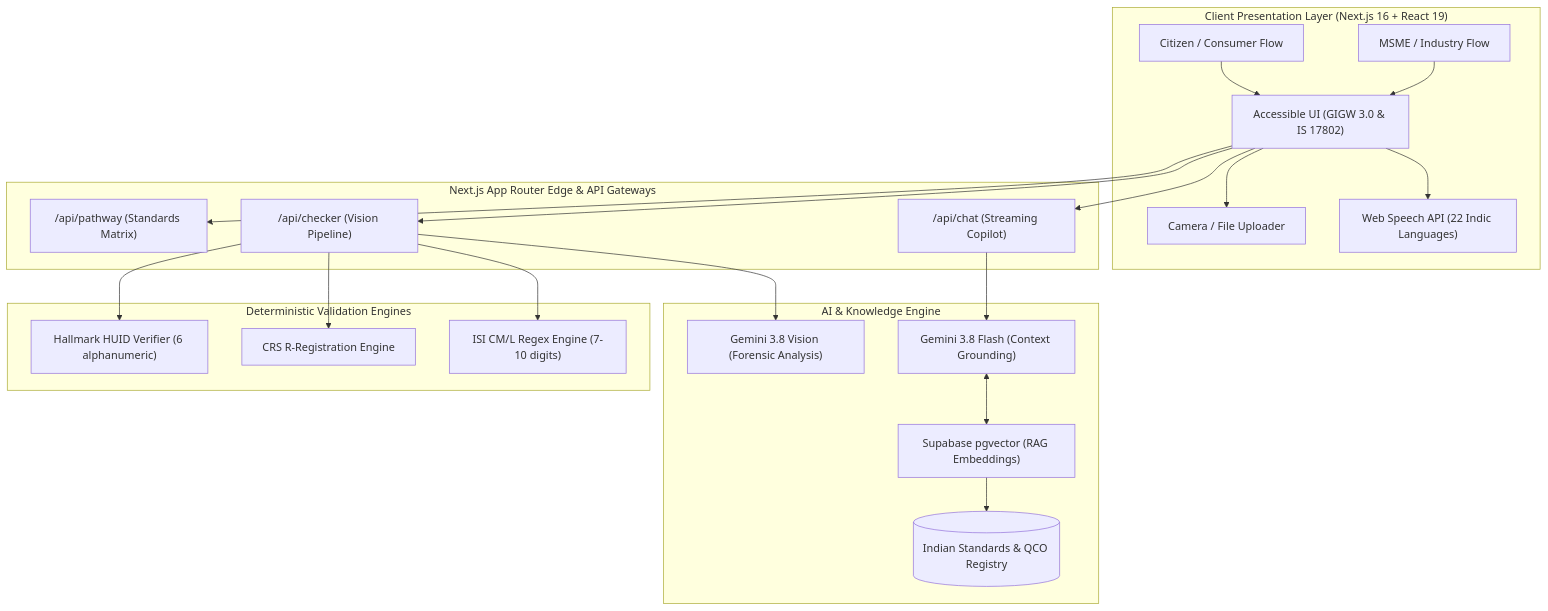
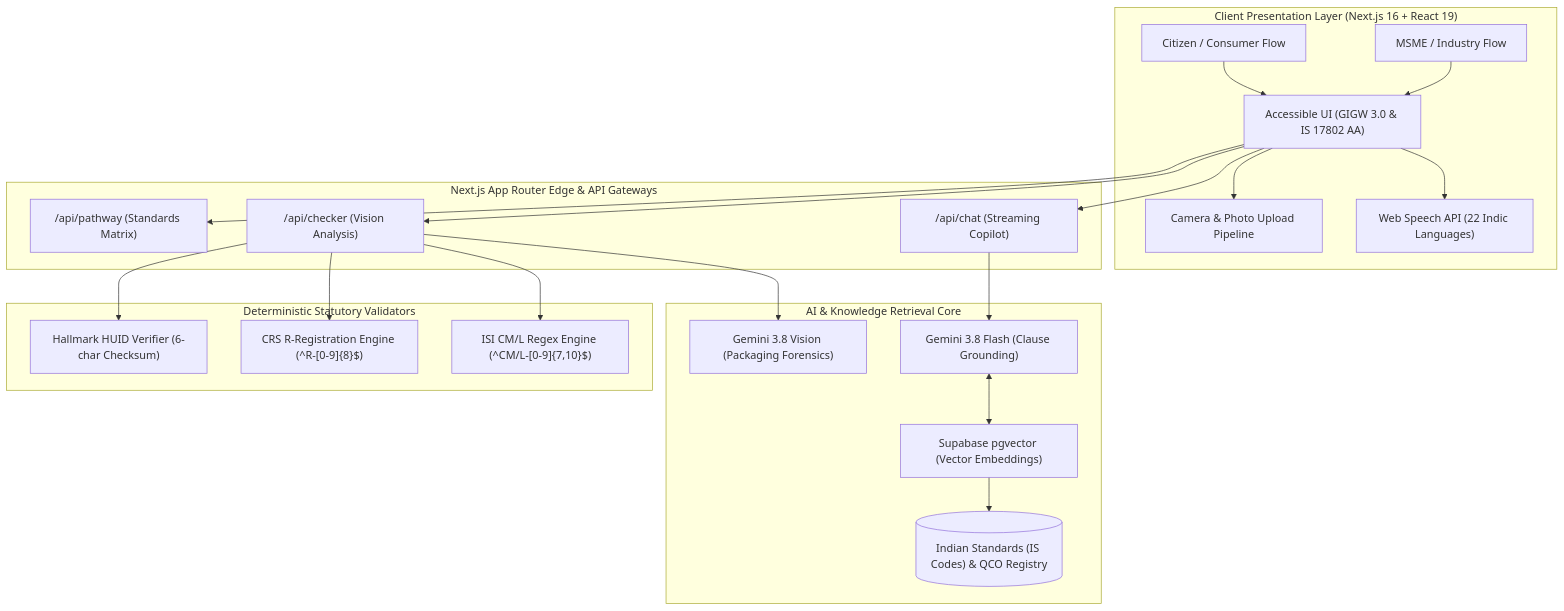
One commit to ishangupta1412/sih26107-bis-saathi changed the diagram in README.md. Above: the diagram before and after it, drawn with Mermaid. The commit also changed other lines of this file, not shown here.

````diff
--- a/README.md
+++ b/README.md
@@ -99,28 +43,28 @@
 ```mermaid
 flowchart TD
     subgraph Client ["Client Presentation Layer (Next.js 16 + React 19)"]
-        A["Citizen / Consumer Flow"] --> C["Accessible UI (GIGW 3.0 & IS 17802)"]
+        A["Citizen / Consumer Flow"] --> C["Accessible UI (GIGW 3.0 & IS 17802 AA)"]
         B["MSME / Industry Flow"] --> C
         C --> D["Web Speech API (22 Indic Languages)"]
-        C --> E["Camera / File Uploader"]
+        C --> E["Camera & Photo Upload Pipeline"]
     end
 
     subgraph Edge ["Next.js App Router Edge & API Gateways"]
         C --> F["/api/chat (Streaming Copilot)"]
-        C --> G["/api/checker (Vision Pipeline)"]
+        C --> G["/api/checker (Vision Analysis)"]
         C --> H["/api/pathway (Standards Matrix)"]
     end
 
-    subgraph Intelligence ["AI & Knowledge Engine"]
-        F --> I["Gemini 3.8 Flash (Context Grounding)"]
-        G --> J["Gemini 3.8 Vision (Forensic Analysis)"]
-        I <--> K["Supabase pgvector (RAG Embeddings)"]
-        K --> L[("Indian Standards & QCO Registry")]
+    subgraph Intelligence ["AI & Knowledge Retrieval Core"]
+        F --> I["Gemini 3.8 Flash (Clause Grounding)"]
+        G --> J["Gemini 3.8 Vision (Packaging Forensics)"]
+        I <--> K["Supabase pgvector (Vector Embeddings)"]
+        K --> L[("Indian Standards (IS Codes) & QCO Registry")]
     end
 
-    subgraph Statutory ["Deterministic Validation Engines"]
-        G --> M["ISI CM/L Regex Engine (7-10 digits)"]
-        G --> N["CRS R-Registration Engine"]
-        G --> O["Hallmark HUID Verifier (6 alphanumeric)"]
+    subgraph Validation ["Deterministic Statutory Validators"]
+        G --> M["ISI CM/L Regex Engine (^CM/L-[0-9]{7,10}$)"]
+        G --> N["CRS R-Registration Engine (^R-[0-9]{8}$)"]
+        G --> O["Hallmark HUID Verifier (6-char Checksum)"]
     end
 ```
````
